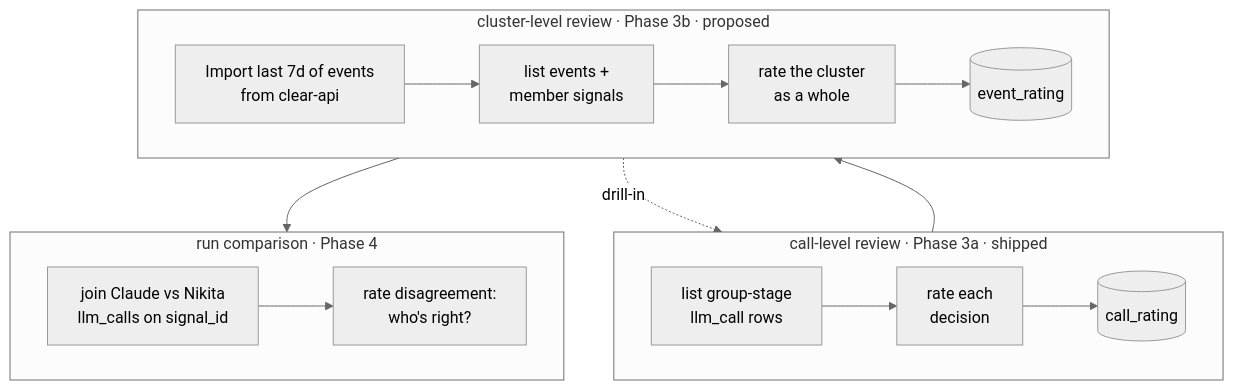
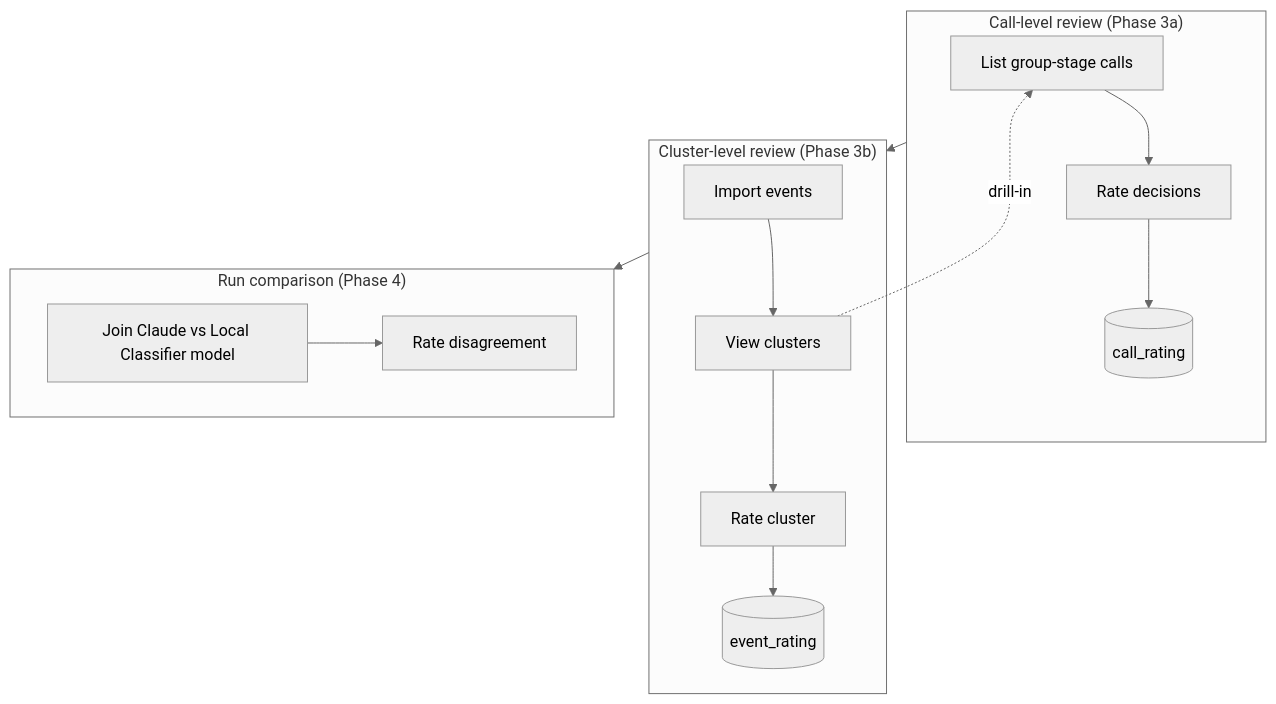
One commit to CLEAR-Initiative/clear-pipeline-insights changed the second of 3 diagrams in docs/review-strategy.md. Above: the diagram before and after it, drawn with Mermaid (neutral theme). The commit also changed other lines of this file, not shown here.

First line of the commit message:
docs: revise review strategy — reframe around pipeline step-functions, add clear-pipeline, rename to local-classifier

````diff
--- a/docs/review-strategy.md
+++ b/docs/review-strategy.md
@@ -61,25 +95,21 @@
 ```mermaid
 flowchart TB
-    subgraph Call["call-level review · Phase 3a · shipped"]
-      direction LR
-      C1["list group-stage<br/>llm_call rows"] --> C2["rate each<br/>decision"]
+    subgraph Call["Call-level review (Phase 3a)"]
+      C1["List group-stage calls"] --> C2["Rate decisions"]
       C2 --> C3[("call_rating")]
     end
 
-    subgraph Cluster["cluster-level review · Phase 3b · proposed"]
-      direction LR
-      E1["Import last 7d of events<br/>from clear-api"] --> E2["list events +<br/>member signals"]
-      E2 --> E3["rate the cluster<br/>as a whole"]
+    subgraph Cluster["Cluster-level review (Phase 3b)"]
+      E1["Import events"] --> E2["View clusters"]
+      E2 --> E3["Rate cluster"]
       E3 --> E4[("event_rating")]
       E2 -. drill-in .-> C1
     end
 
-    subgraph Compare["run comparison · Phase 4"]
-      direction LR
-      X1["join Claude vs Nikita<br/>llm_calls on signal_id"]
-      X1 --> X2["rate disagreement:<br/>who's right?"]
+    subgraph Compare["Run comparison (Phase 4)"]
+      X1["Join Claude vs Local Classifier model"] --> X2["Rate disagreement"]
     end
 
     Call --> Cluster
     Cluster --> Compare
 ```
````
